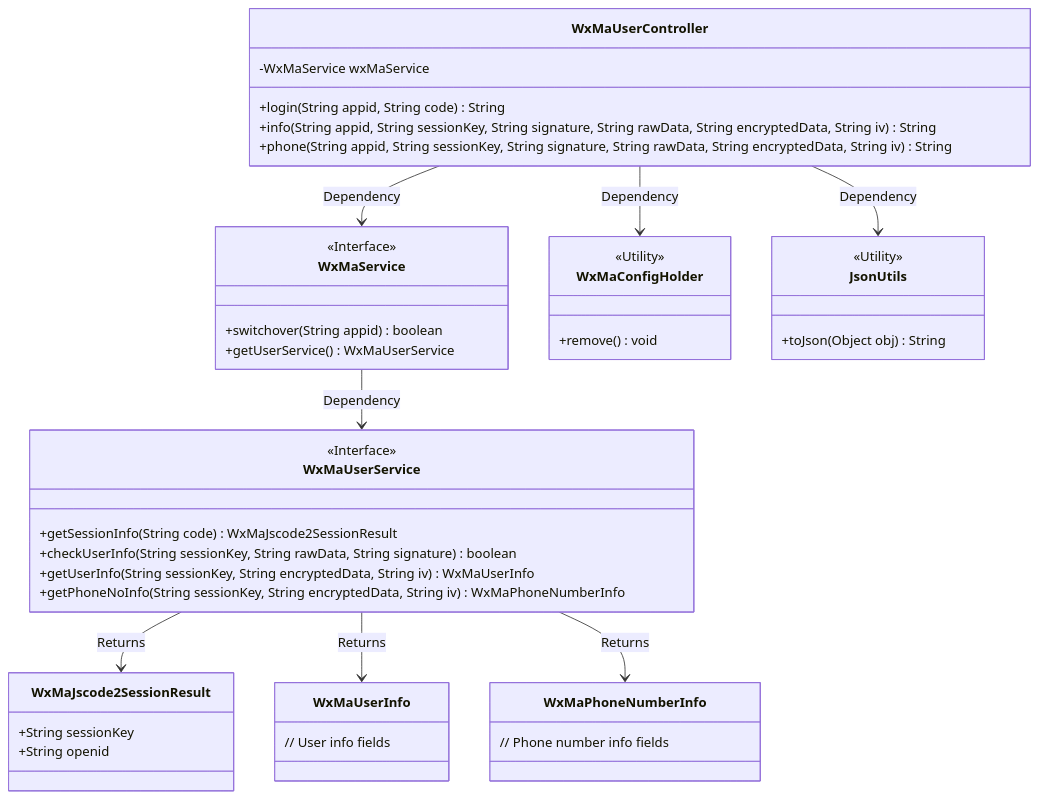
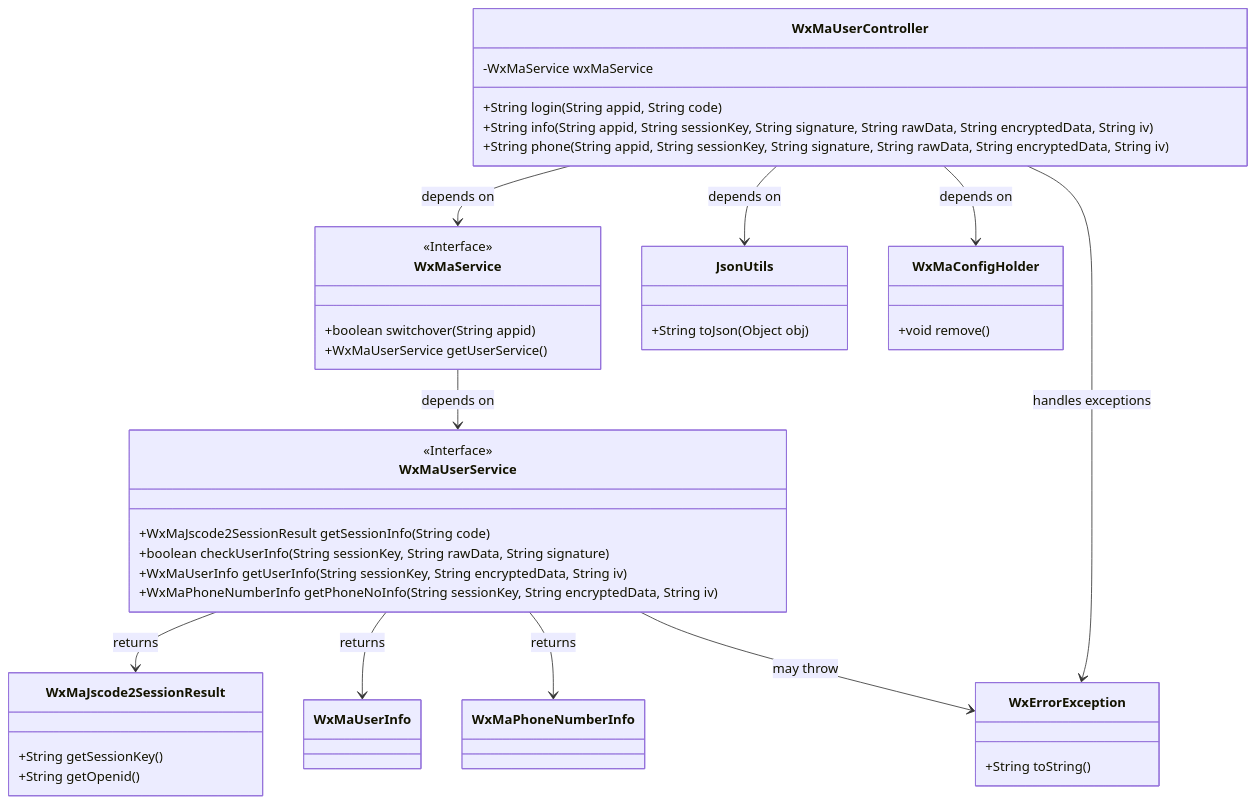
One commit to v-wjrong/imrrong_weixin-java-miniapp-demo changed the first of 2 diagrams in docs/en/docs/src/main/java/com/github/binarywang/demo/wx/miniapp/controller/WxMaUserController.md. Above: the diagram before and after it, drawn with Mermaid. The commit also changed other lines of this file and 51 other files, not shown here.

````diff
--- a/docs/en/docs/src/main/java/com/github/binarywang/demo/wx/miniapp/controller/WxMaUserController.md
+++ b/docs/en/docs/src/main/java/com/github/binarywang/demo/wx/miniapp/controller/WxMaUserController.md
@@ -36,54 +36,56 @@
 ```mermaid
 classDiagram
     class WxMaUserController {
         -WxMaService wxMaService
-        +login(String appid, String code) String
-        +info(String appid, String sessionKey, String signature, String rawData, String encryptedData, String iv) String
-        +phone(String appid, String sessionKey, String signature, String rawData, String encryptedData, String iv) String
+        +String login(String appid, String code)
+        +String info(String appid, String sessionKey, String signature, String rawData, String encryptedData, String iv)
+        +String phone(String appid, String sessionKey, String signature, String rawData, String encryptedData, String iv)
     }
 
     class WxMaService {
         <<Interface>>
-        +switchover(String appid) boolean
-        +getUserService() WxMaUserService
+        +boolean switchover(String appid)
+        +WxMaUserService getUserService()
     }
 
     class WxMaUserService {
         <<Interface>>
-        +getSessionInfo(String code) WxMaJscode2SessionResult
-        +checkUserInfo(String sessionKey, String rawData, String signature) boolean
-        +getUserInfo(String sessionKey, String encryptedData, String iv) WxMaUserInfo
-        +getPhoneNoInfo(String sessionKey, String encryptedData, String iv) WxMaPhoneNumberInfo
+        +WxMaJscode2SessionResult getSessionInfo(String code)
+        +boolean checkUserInfo(String sessionKey, String rawData, String signature)
+        +WxMaUserInfo getUserInfo(String sessionKey, String encryptedData, String iv)
+        +WxMaPhoneNumberInfo getPhoneNoInfo(String sessionKey, String encryptedData, String iv)
     }
 
     class WxMaJscode2SessionResult {
-        +String sessionKey
-        +String openid
+        +String getSessionKey()
+        +String getOpenid()
     }
 
     class WxMaUserInfo {
-        // User info fields
     }
 
     class WxMaPhoneNumberInfo {
-        // Phone number info fields
+    }
+
+    class JsonUtils {
+        +String toJson(Object obj)
     }
 
     class WxMaConfigHolder {
-        <<Utility>>
-        +remove() void
+        +void remove()
     }
 
-    class JsonUtils {
-        <<Utility>>
-        +toJson(Object obj) String
+    class WxErrorException {
+        +String toString()
     }
 
-    WxMaUserController --> WxMaService : Dependency
-    WxMaService --> WxMaUserService : Dependency
-    WxMaUserController --> JsonUtils : Dependency
-    WxMaUserController --> WxMaConfigHolder : Dependency
-    WxMaUserService --> WxMaJscode2SessionResult : Returns
-    WxMaUserService --> WxMaUserInfo : Returns
-    WxMaUserService --> WxMaPhoneNumberInfo : Returns
+    WxMaUserController --> WxMaService : depends on
+    WxMaUserController --> JsonUtils : depends on
+    WxMaUserController --> WxMaConfigHolder : depends on
+    WxMaService --> WxMaUserService : depends on
+    WxMaUserService --> WxMaJscode2SessionResult : returns
+    WxMaUserService --> WxMaUserInfo : returns
+    WxMaUserService --> WxMaPhoneNumberInfo : returns
+    WxMaUserService --> WxErrorException : may throw
+    WxMaUserController --> WxErrorException : handles exceptions
 ```
````
